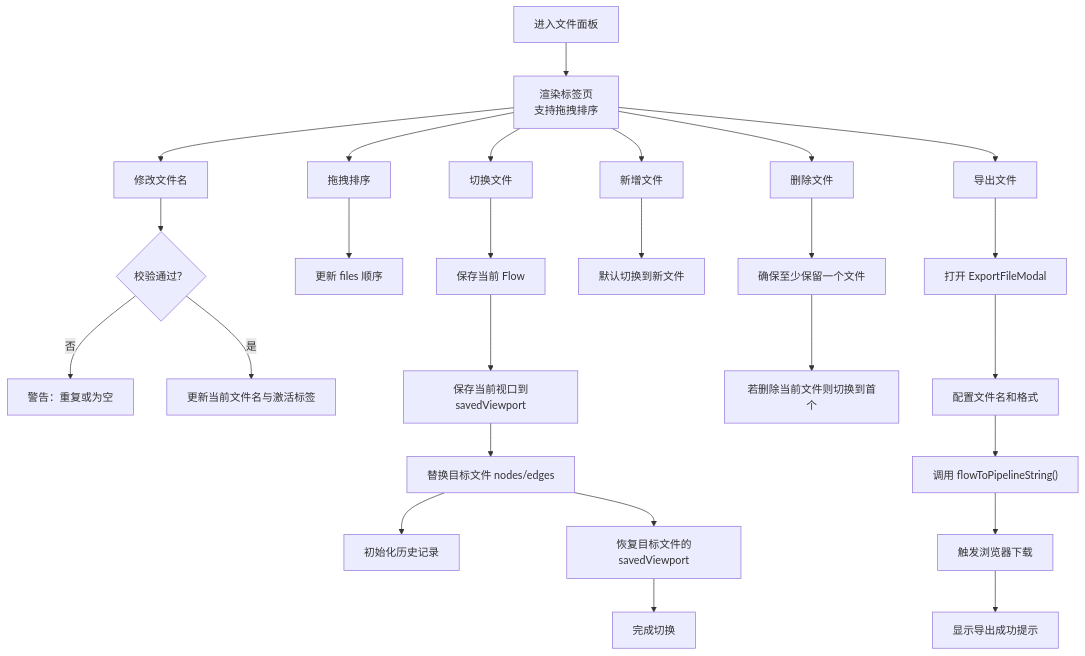
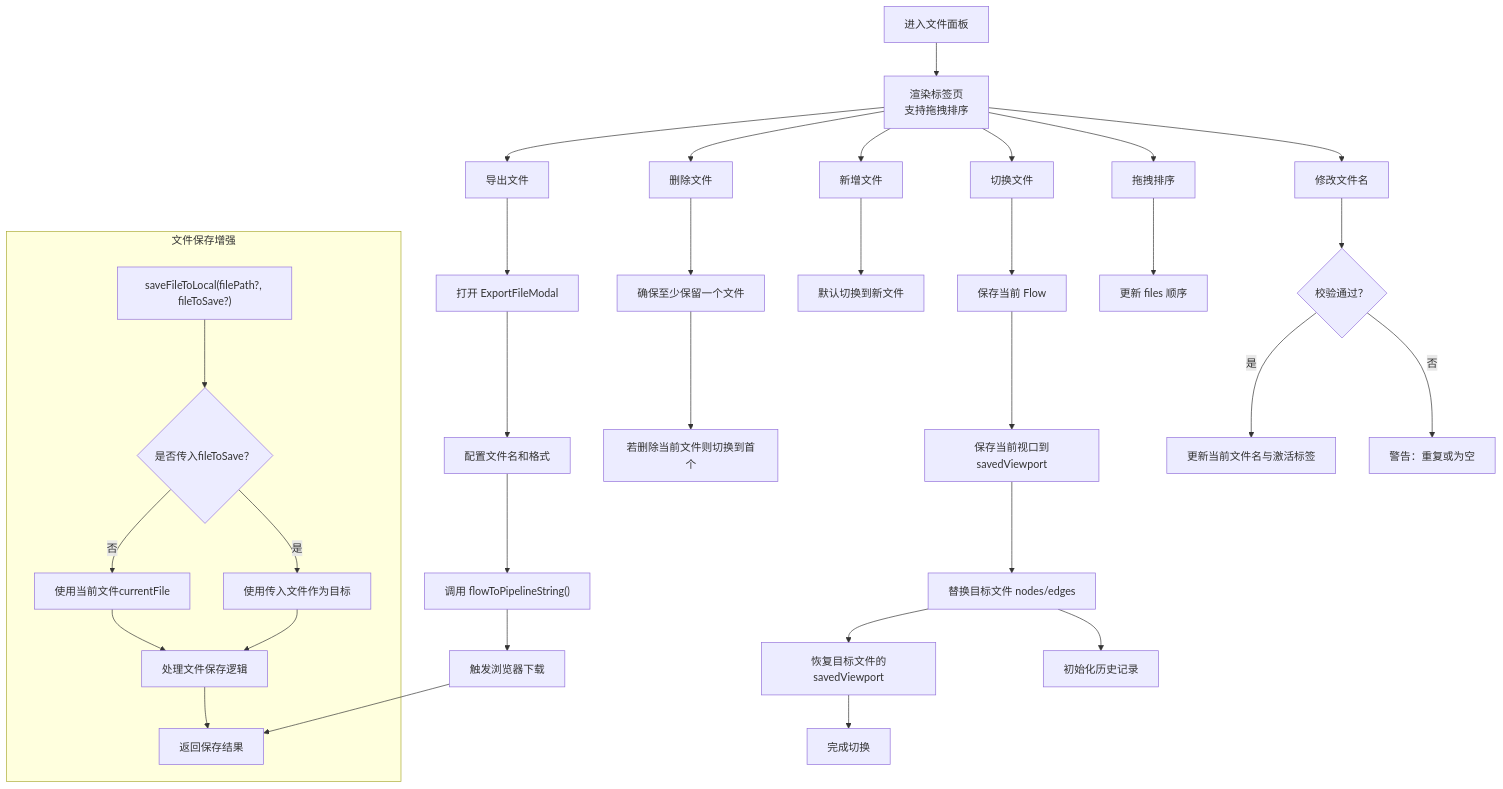
One commit to kqcoxn/MaaPipelineEditor changed the third of 9 diagrams in .qoder/repowiki/zh/content/核心概念/文件与视口.md. Above: the diagram before and after it, drawn with Mermaid. The commit also changed other lines of this file and 8 other files, not shown here.

````diff
--- a/.qoder/repowiki/zh/content/核心概念/文件与视口.md
+++ b/.qoder/repowiki/zh/content/核心概念/文件与视口.md
@@ -203,28 +239,36 @@
 ```mermaid
 flowchart TD
 Start["进入文件面板"] --> Tabs["渲染标签页<br/>支持拖拽排序"]
 Tabs --> EditName["修改文件名"]
 EditName --> Check{"校验通过？"}
 Check --> |否| Warn["警告：重复或为空"]
 Check --> |是| UpdateKey["更新当前文件名与激活标签"]
 Tabs --> Drag["拖拽排序"]
 Drag --> Move["更新 files 顺序"]
 Tabs --> Switch["切换文件"]
 Switch --> Save["保存当前 Flow"]
 Save --> SaveViewport["保存当前视口到savedViewport"]
 SaveViewport --> Replace["替换目标文件 nodes/edges"]
 Replace --> InitHist["初始化历史记录"]
 Replace --> RestoreViewport["恢复目标文件的savedViewport"]
 RestoreViewport --> End["完成切换"]
 Tabs --> Add["新增文件"]
 Add --> SwitchNew["默认切换到新文件"]
 Tabs --> Remove["删除文件"]
 Remove --> Ensure["确保至少保留一个文件"]
 Ensure --> SwitchFirst["若删除当前文件则切换到首个"]
 Tabs --> Export["导出文件"]
 Export --> OpenModal["打开 ExportFileModal"]
 OpenModal --> Config["配置文件名和格式"]
 Config --> ExportContent["调用 flowToPipelineString()"]
 ExportContent --> Download["触发浏览器下载"]
 Download --> Success["显示导出成功提示"]
+subgraph "文件保存增强"
+SaveFile["saveFileToLocal(filePath?, fileToSave?)"] --> CheckParam{"是否传入fileToSave？"}
+CheckParam --> |是| UseParam["使用传入文件作为目标"]
+CheckParam --> |否| UseCurrent["使用当前文件currentFile"]
+UseParam --> Process["处理文件保存逻辑"]
+UseCurrent --> Process
+Process --> Success["返回保存结果"]
+end
 ```
````
